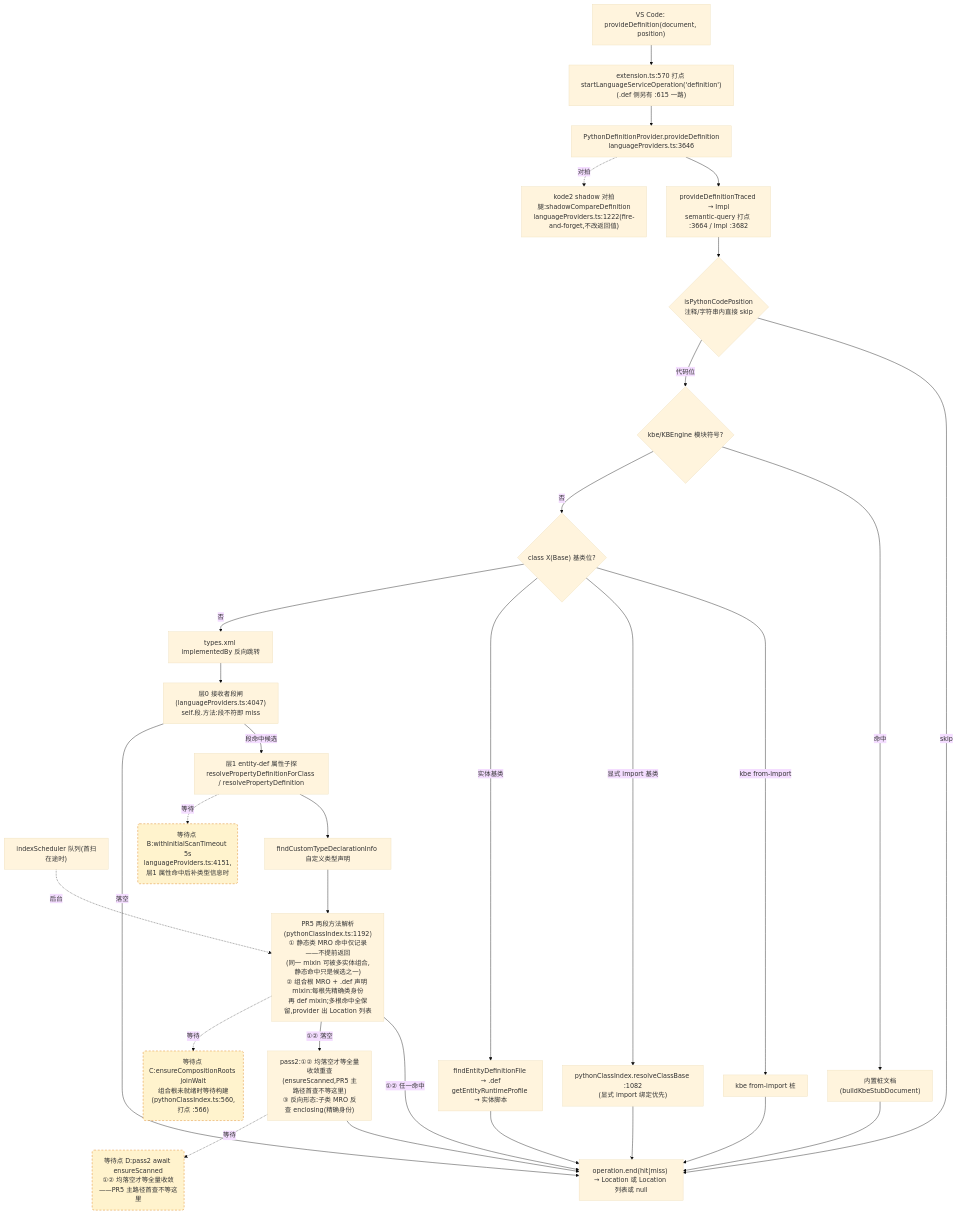
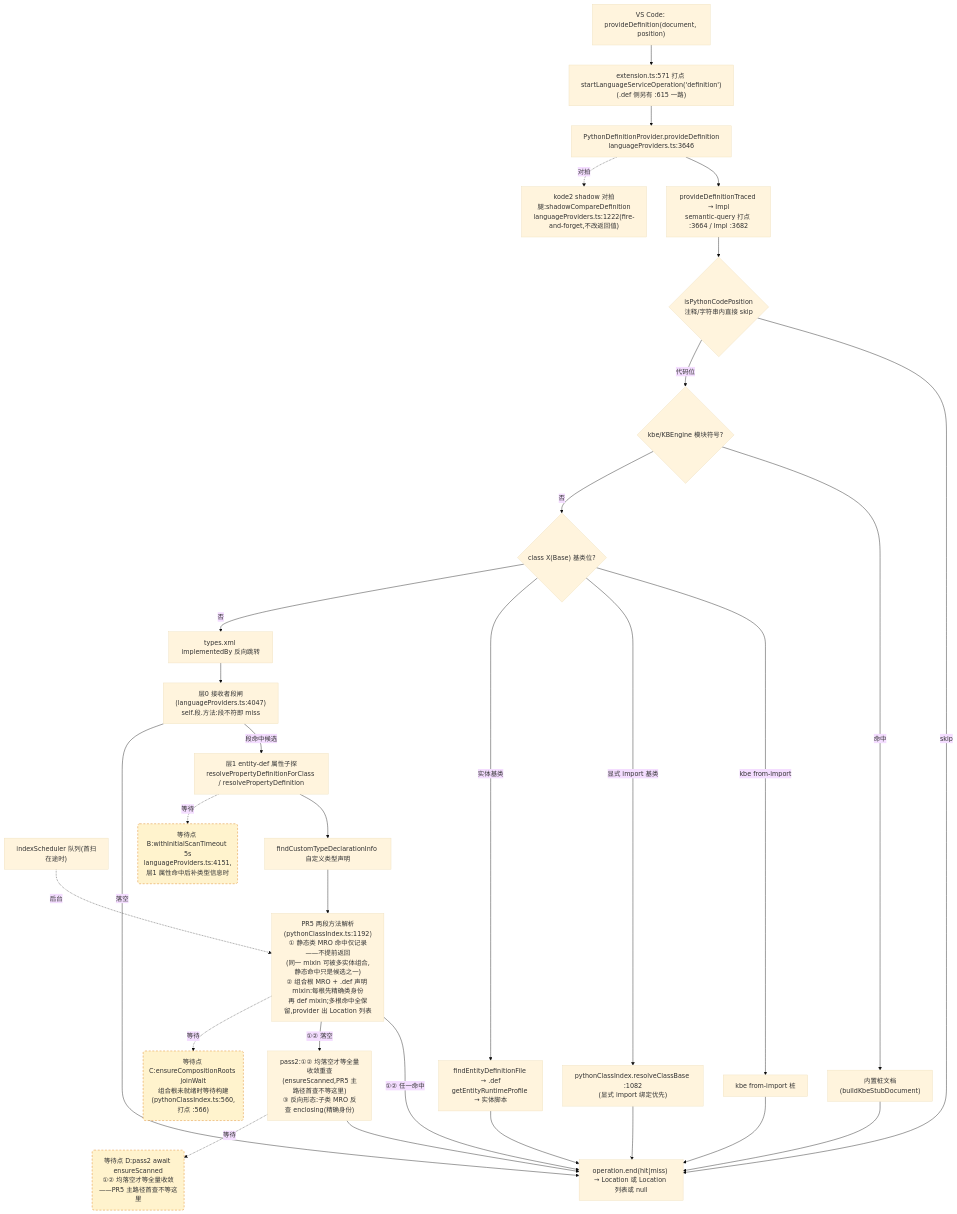
Before and after one commit to cuihairu/kode: the second of 4 diagrams in docs/perf/2026-baseline.md, drawn with Mermaid (base theme). The commit also changed other lines of this file and 5 other files, not shown here.

````diff
--- a/docs/perf/2026-baseline.md
+++ b/docs/perf/2026-baseline.md
@@ -130,51 +130,51 @@
 ```mermaid
 flowchart TD
   VC2["VS Code: provideDefinition(document, position)"]
-  M2["extension.ts:570 打点 startLanguageServiceOperation('definition')<br/>(.def 侧另有 :615 一路)"]
+  M2["extension.ts:571 打点 startLanguageServiceOperation('definition')<br/>(.def 侧另有 :615 一路)"]
   AD2["PythonDefinitionProvider.provideDefinition<br/>languageProviders.ts:3646"]
   TR["provideDefinitionTraced → Impl<br/>semantic-query 打点 :3664 / Impl :3682"]
   CTX{"isPythonCodePosition<br/>注释/字符串内直接 skip"}
   KBE{"kbe/KBEngine 模块符号?"}
   STUB["内置桩文档(buildKbeStubDocument)"]
   CB{"class X(Base) 基类位?"}
   CB1["kbe from-import 桩"]
   CB2["pythonClassIndex.resolveClassBase :1082<br/>(显式 import 绑定优先)"]
   CB3["findEntityDefinitionFile → .def<br/>getEntityRuntimeProfile → 实体脚本"]
   REV["types.xml implementedBy 反向跳转"]
   L0["层0 接收者段闸(languageProviders.ts:4047)<br/>self.段.方法:段不符即 miss"]
   L1["层1 entity-def 属性子探<br/>resolvePropertyDefinitionForClass / resolvePropertyDefinition"]
   SCAN["indexScheduler 队列(首扫在途时)"]
   TY["findCustomTypeDeclarationInfo 自定义类型声明"]
   MRO["PR5 两段方法解析(pythonClassIndex.ts:1192)<br/>① 静态类 MRO 命中仅记录——不提前返回<br/>(同一 mixin 可被多实体组合,静态命中只是候选之一)<br/>② 组合根 MRO + .def 声明 mixin:每根先精确类身份<br/>再 def mixin;多根命中全保留,provider 出 Location 列表"]
   PASS2["pass2:①② 均落空才等全量收敛重查<br/>(ensureScanned,PR5 主路径首查不等这里)<br/>③ 反向形态:子类 MRO 反查 enclosing(精确身份)"]
   SHD["kode2 shadow 对拍腿:shadowCompareDefinition<br/>languageProviders.ts:1222(fire-and-forget,不改返回值)"]
   END2["operation.end(hit|miss) → Location 或 Location 列表或 null"]
 
   VC2 --> M2 --> AD2 --> TR --> CTX
   CTX -- "skip" --> END2
   CTX -- "代码位" --> KBE
   KBE -- "命中" --> STUB --> END2
   KBE -- "否" --> CB
   CB -- "kbe from-import" --> CB1 --> END2
   CB -- "显式 import 基类" --> CB2 --> END2
   CB -- "实体基类" --> CB3 --> END2
   CB -- "否" --> REV --> L0
   L0 -- "段命中候选" --> L1
   L0 -- "落空" --> END2
   L1 --> TY
   TY --> MRO
   MRO -- "①② 任一命中" --> END2
   MRO -- "①② 落空" --> PASS2 --> END2
   AD2 -.->|对拍| SHD
 
   WAITB("等待点 B:withInitialScanTimeout 5s<br/>languageProviders.ts:4151,层1 属性命中后补类型信息时")
   WAITC("等待点 C:ensureCompositionRoots joinWait<br/>组合根未就绪时等待构建(pythonClassIndex.ts:560,打点 :566)")
   WAITD("等待点 D:pass2 await ensureScanned<br/>①② 均落空才等全量收敛——PR5 主路径首查不等这里")
   L1 -.->|等待| WAITB
   MRO -.->|等待| WAITC
   PASS2 -.->|等待| WAITD
   SCAN -.->|后台| MRO
 
   classDef waitPoint fill:#fff3cd,stroke:#d97706,stroke-dasharray:5 4;
   class WAITB,WAITC,WAITD waitPoint;
 ```
````
